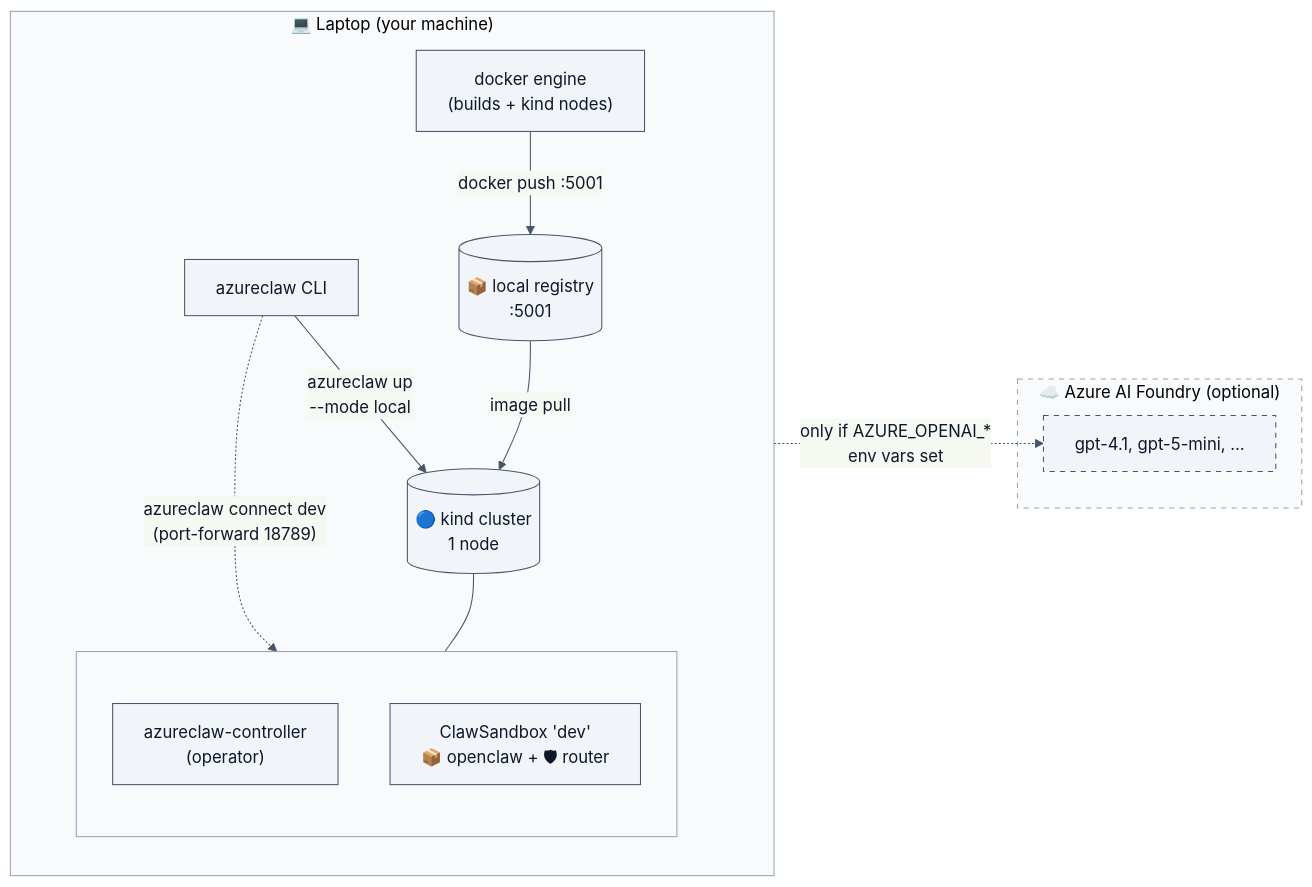
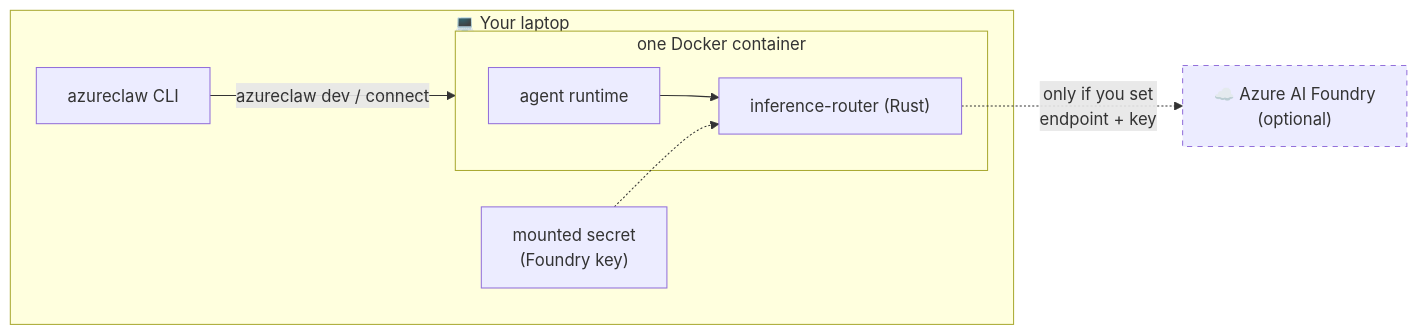
Before and after one commit to Azure/kars: the first of 2 diagrams in docs/blueprints/01-developer-inner-loop.md, drawn with Mermaid. The commit also changed other lines of this file and 4 other files, not shown here.

````diff
--- a/docs/blueprints/01-developer-inner-loop.md
+++ b/docs/blueprints/01-developer-inner-loop.md
@@ -13,34 +15,18 @@
 ```mermaid
-%%{init: {'theme':'base','themeVariables':{'primaryColor':'#f1f5f9','primaryBorderColor':'#475569','primaryTextColor':'#0f172a','lineColor':'#475569','clusterBkg':'#f8fafc','clusterBorder':'#94a3b8','fontFamily':'-apple-system, BlinkMacSystemFont, Segoe UI, sans-serif'}}}%%
 flowchart LR
-  subgraph Laptop["💻 Laptop (your machine)"]
-    direction TB
-    KIND[("🔵 kind cluster<br/>1 node")]
-    REG[("📦 local registry<br/>:5001")]
-
-    subgraph KINDCONTENT[" "]
-      direction TB
-      CTRL["azureclaw-controller<br/>(operator)"]
-      SBX["ClawSandbox 'dev'<br/>📦 openclaw + 🛡 router"]
+  subgraph Laptop["💻 Your laptop"]
+    CLI["azureclaw CLI"]
+    subgraph Container["one Docker container"]
+      Agent["agent runtime"]
+      Router["inference-router (Rust)"]
+      Agent --> Router
     end
-
-    KIND --- KINDCONTENT
-    DOCKER["docker engine<br/>(builds + kind nodes)"]
-    CLI["azureclaw CLI"]
+    Secret["mounted secret<br/>(Foundry key)"]
+    Secret -.-> Router
+    CLI -->|azureclaw dev / connect| Container
   end
-
-  CLI -->|"azureclaw up<br/>--mode local"| KIND
-  DOCKER -->|"docker push :5001"| REG
-  REG -->|"image pull"| KIND
-
-  CLI -.->|"azureclaw connect dev<br/>(port-forward 18789)"| SBX
-
-  subgraph Foundry["☁️ Azure AI Foundry (optional)"]
-    FND["gpt-4.1, gpt-5-mini, …"]
-  end
-
-  SBX -.->|"only if AZURE_OPENAI_*<br/>env vars set"| FND
-
-  classDef opt stroke-dasharray:5 5;
-  class Foundry,FND opt;
+  Foundry["☁️ Azure AI Foundry<br/>(optional)"]
+  Router -.->|"only if you set<br/>endpoint + key"| Foundry
+  classDef opt stroke-dasharray:5 5
+  class Foundry opt
 ```
````
